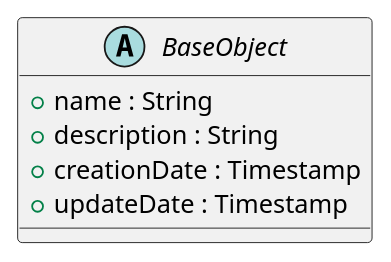
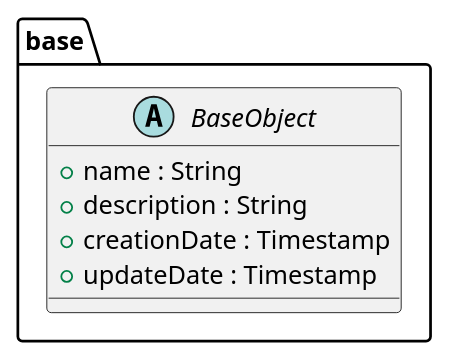
One commit to beerfactory/brewbox-uml changed the diagram in src/class/include/baseObject.iuml. Above: the diagram before and after it, drawn with PlantUML. The commit also changed 32 other files, not shown here.

```diff
--- a/src/class/include/baseObject.iuml
+++ b/src/class/include/baseObject.iuml
@@ -1,6 +1,8 @@
-abstract class BaseObject {
-    + name : String
-    + description : String
-    + creationDate : Timestamp
-    + updateDate : Timestamp
+package base {
+	abstract class BaseObject {
+	    + name : String
+	    + description : String
+	    + creationDate : Timestamp
+	    + updateDate : Timestamp
+	}	
 }
```
